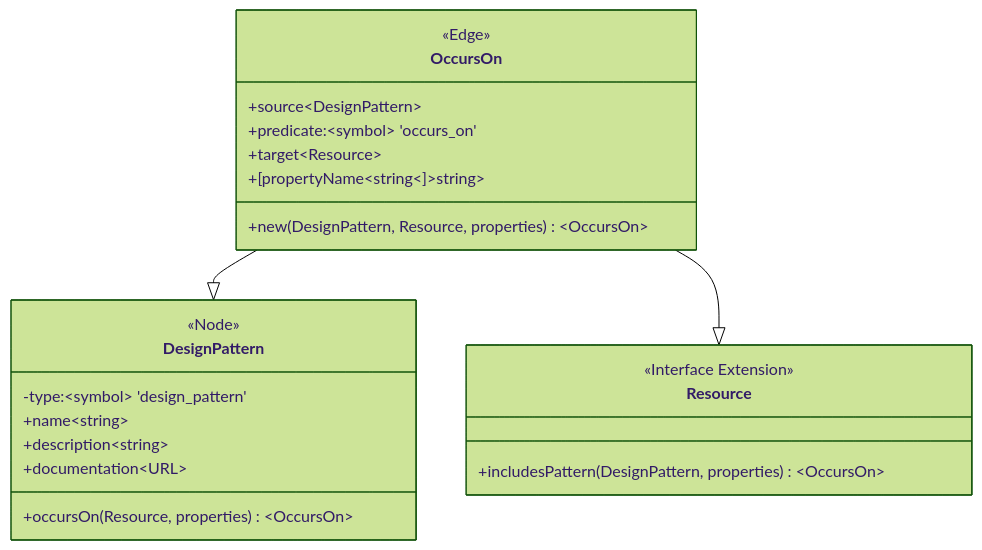
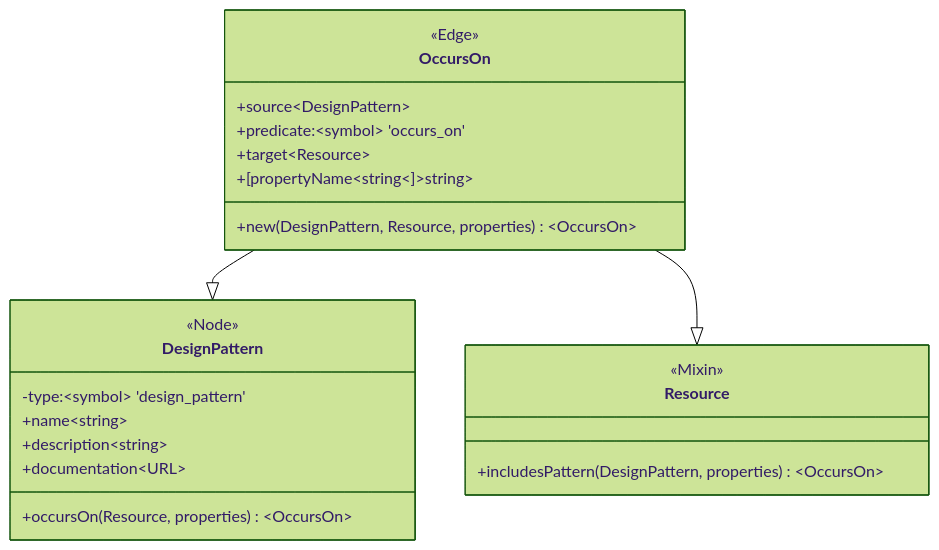
One commit to autogram-is/spidergram changed the diagram in docs/design-pattern-extraction.md. Above: the diagram before and after it, drawn with Mermaid (forest theme). The commit also changed other lines of this file, not shown here.

Commit message:
Minor pattern tweak

````diff
--- a/docs/design-pattern-extraction.md
+++ b/docs/design-pattern-extraction.md
@@ -9,28 +9,28 @@
 ```mermaid
 classDiagram
     class DesignPattern {
         <<Node>>
         -type:~symbol~ 'design_pattern'
         +name~string~
         +description~string~
         +documentation~URL~
         +occursOn(Resource, properties)~OccursOn~
     }
 
     class OccursOn {
         <<Edge>>
         +source~DesignPattern~
         +predicate:~symbol~ 'occurs_on'
         +target~Resource~
         +[propertyName~string~]~string~
         +new(DesignPattern, Resource, properties)~OccursOn~
     }
     
     class Resource {
-        <<Interface Extension>>
+        <<Mixin>>
         +includesPattern(DesignPattern, properties)~OccursOn~
     }
 
     OccursOn --|> DesignPattern
     OccursOn --|> Resource
 ```
````
